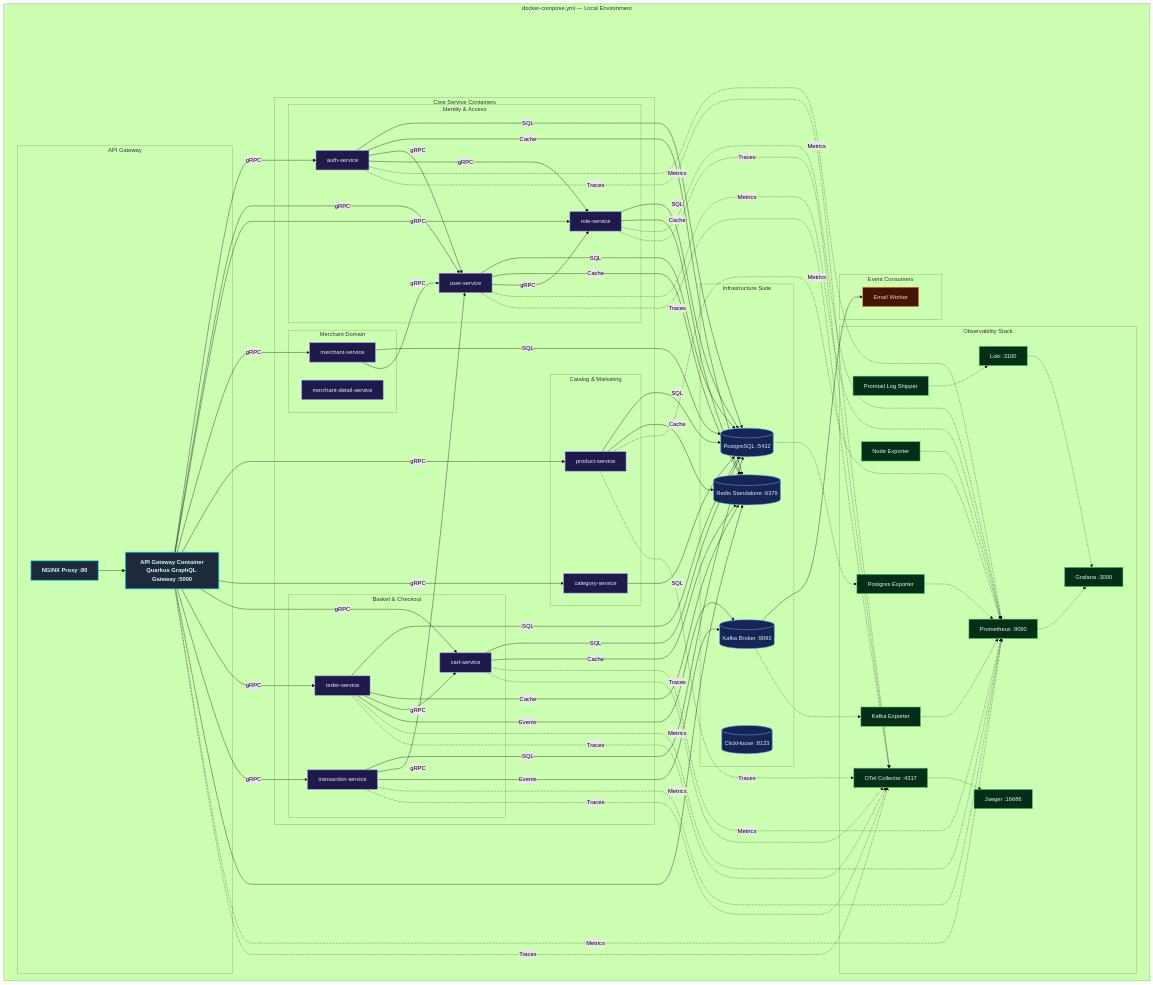
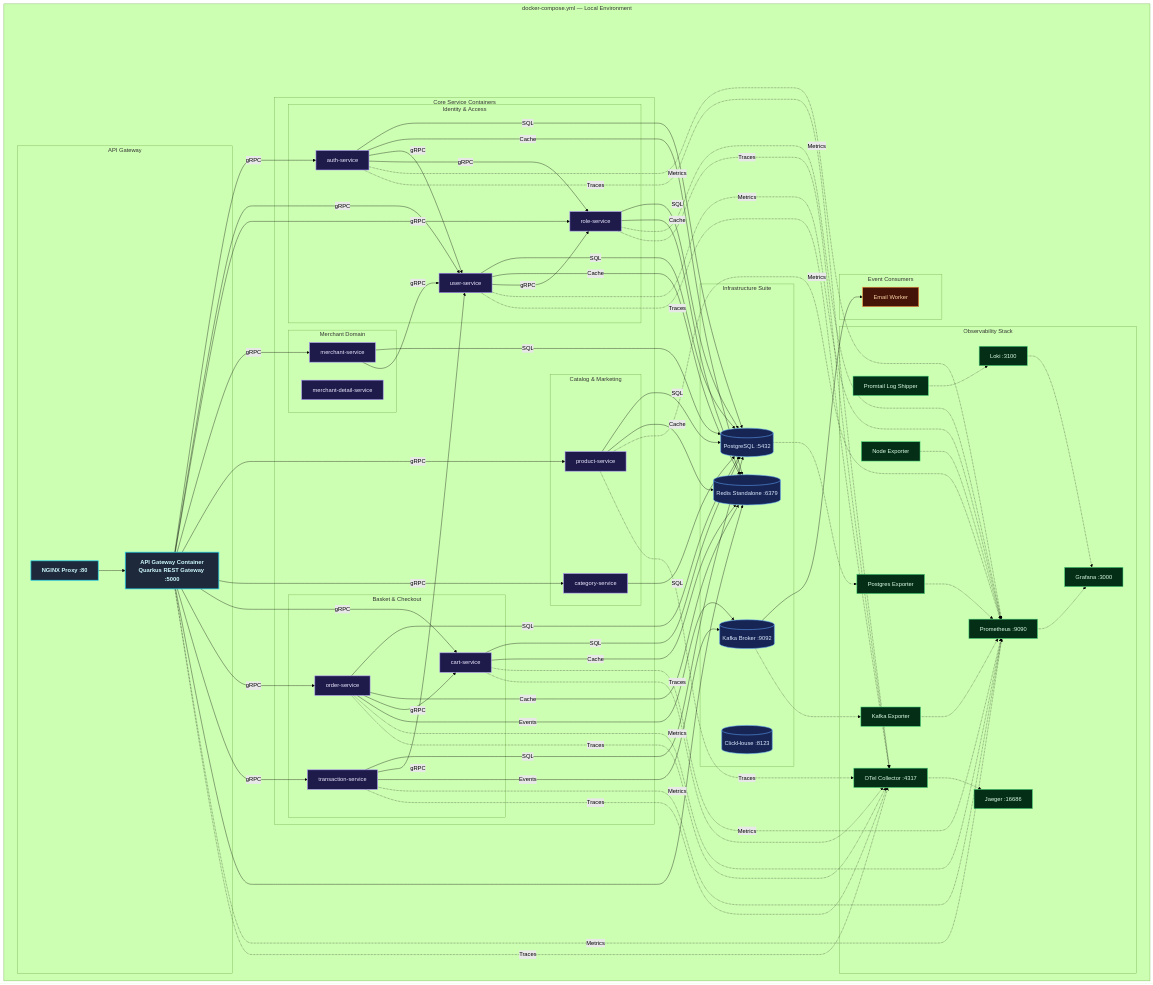
Before and after one commit to MamangRust/microservice-ecommerce-quarkus-graphql: the tenth of 12 diagrams in README.md, drawn with Mermaid (forest theme). The commit also changed other lines of this file and 489 other files, not shown here.

```diff
--- a/README.md
+++ b/README.md
@@ -601,7 +601,7 @@
 
         subgraph Gateway["API Gateway"]
             NGINX["NGINX Proxy :80"]:::gateway
-            APIGW["API Gateway Container<br/>Quarkus GraphQL Gateway :5000"]:::gateway
+            APIGW["API Gateway Container<br/>Quarkus REST Gateway :5000"]:::gateway
         end
 
         subgraph Services["Core Service Containers"]
```
